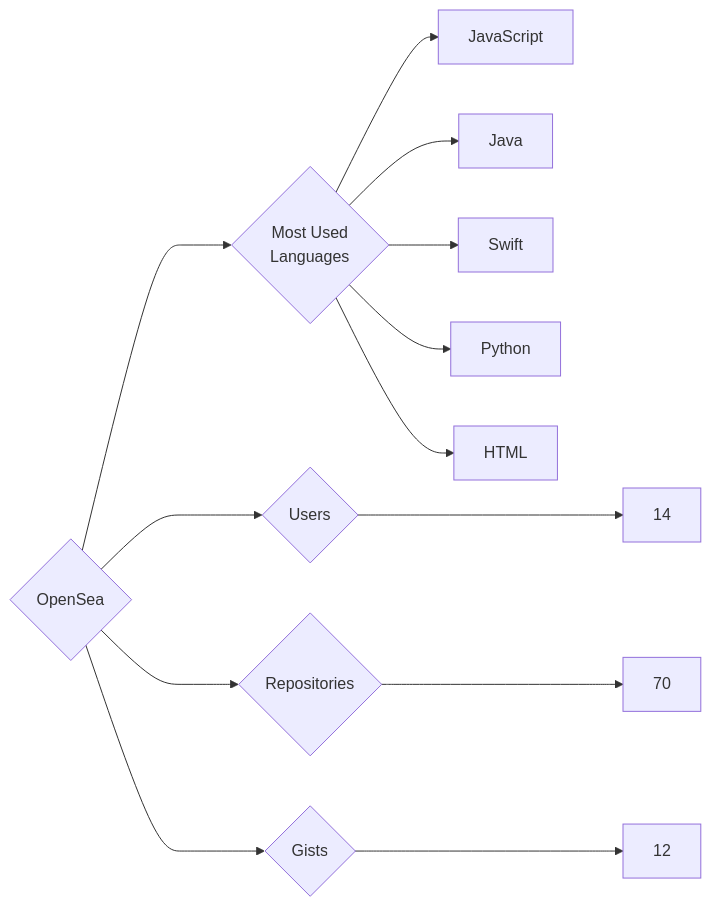
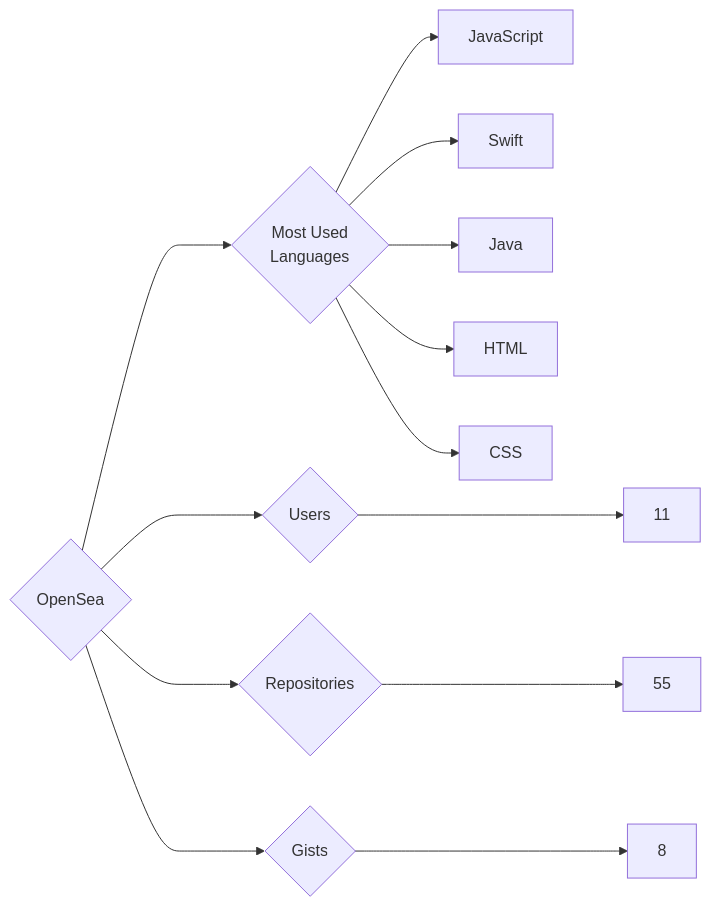
The diagram in targets/OpenSea/README.md (trickest/insiders), drawn with Mermaid before and after one commit. The commit also changed 928 other files, not shown here.

````diff
--- a/targets/OpenSea/README.md
+++ b/targets/OpenSea/README.md
@@ -3,13 +3,13 @@
 ```mermaid
 graph LR
 COMPANY_NAME{OpenSea}
-COMPANY_NAME ---> U{Users} ---> UN[14]
-COMPANY_NAME ---> R{Repositories} ---> RN[70]
-COMPANY_NAME ---> G{Gists} ---> GN[12]
+COMPANY_NAME ---> U{Users} ---> UN[11]
+COMPANY_NAME ---> R{Repositories} ---> RN[55]
+COMPANY_NAME ---> G{Gists} ---> GN[8]
 COMPANY_NAME ---> ML{Most Used<br>Languages}
 ML --> JavaScript[JavaScript]
+ML --> Swift[Swift]
 ML --> Java[Java]
-ML --> Swift[Swift]
-ML --> Python[Python]
 ML --> HTML[HTML]
+ML --> CSS[CSS]
 ```
````
